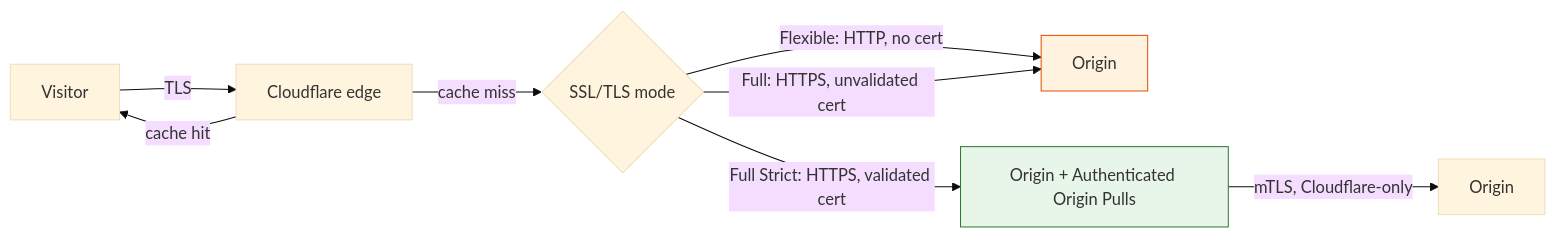
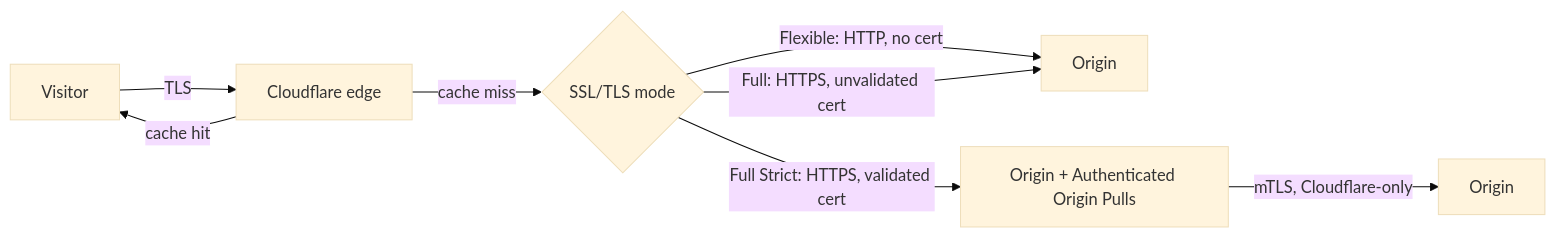
One commit to kevinevans1/cloudflare-adoption-framework changed the diagram in docs/adopt/onboarding-a-site.md. Above: the diagram before and after it, drawn with Mermaid (base theme). The commit also changed 12 other files, not shown here.

Commit message:
Remove hardcoded Mermaid node colors causing readability issues; let diagrams use Material's theme-aware rendering

````diff
--- a/docs/adopt/onboarding-a-site.md
+++ b/docs/adopt/onboarding-a-site.md
@@ -9,13 +9,11 @@
 ```mermaid
 flowchart LR
     A[Visitor] -->|TLS| B[Cloudflare edge]
     B -->|cache hit| A
     B -->|cache miss| C{SSL/TLS mode}
     C -->|Flexible: HTTP, no cert| D[Origin]
     C -->|Full: HTTPS, unvalidated cert| D
     C -->|Full Strict: HTTPS, validated cert| E[Origin + Authenticated Origin Pulls]
     E -->|mTLS, Cloudflare-only| D2[Origin]
 
-    style E fill:#e8f5e9,stroke:#2e7d32,stroke-width:1px
-    style D fill:#fff3e0,stroke:#e65100,stroke-width:1px
 ```
````
